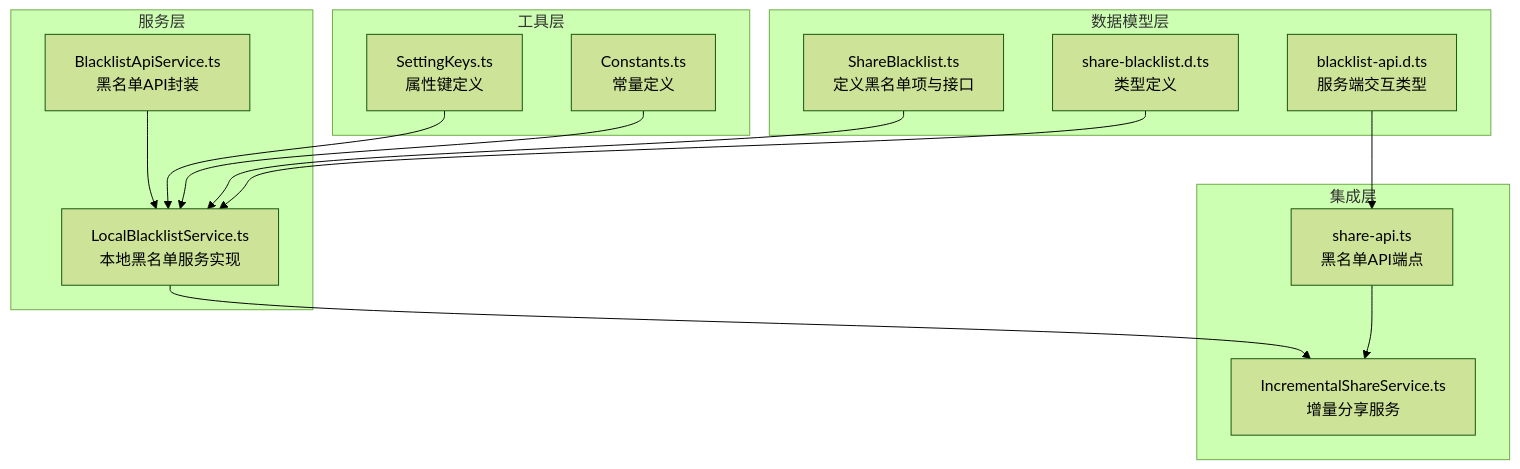
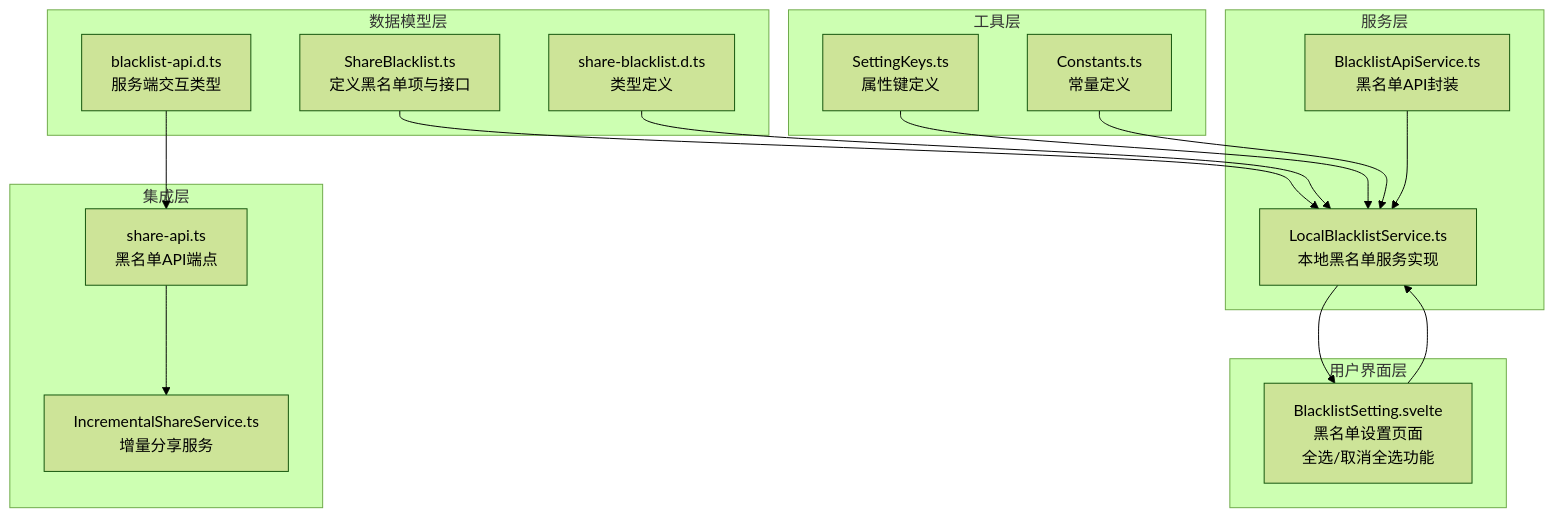
The first of 7 diagrams in .qoder/repowiki/zh/content/架构设计/服务层架构/黑名单服务 (BlacklistService).md (terwerinc/siyuan-plugin-share-pro), drawn with Mermaid (forest theme) before and after one commit. The commit also changed other lines of this file and 5 other files, not shown here.

````diff
--- a/.qoder/repowiki/zh/content/架构设计/服务层架构/黑名单服务 (BlacklistService).md
+++ b/.qoder/repowiki/zh/content/架构设计/服务层架构/黑名单服务 (BlacklistService).md
@@ -44,28 +56,32 @@
 ```mermaid
 graph TB
 subgraph "数据模型层"
 M1["ShareBlacklist.ts<br/>定义黑名单项与接口"]
 M2["share-blacklist.d.ts<br/>类型定义"]
 M3["blacklist-api.d.ts<br/>服务端交互类型"]
 end
 subgraph "服务层"
 S1["LocalBlacklistService.ts<br/>本地黑名单服务实现"]
 S2["BlacklistApiService.ts<br/>黑名单API封装"]
 end
+subgraph "用户界面层"
+U1["BlacklistSetting.svelte<br/>黑名单设置页面<br/>全选/取消全选功能"]
+end
 subgraph "工具层"
-U1["SettingKeys.ts<br/>属性键定义"]
-U2["Constants.ts<br/>常量定义"]
+T1["SettingKeys.ts<br/>属性键定义"]
+T2["Constants.ts<br/>常量定义"]
 end
 subgraph "集成层"
 I1["IncrementalShareService.ts<br/>增量分享服务"]
 I2["share-api.ts<br/>黑名单API端点"]
 end
 M1 --> S1
 M2 --> S1
 M3 --> I2
-U1 --> S1
-U2 --> S1
-S1 --> I1
+T1 --> S1
+T2 --> S1
+S1 --> U1
 S2 --> S1
 I2 --> I1
+U1 --> S1
 ```
````
